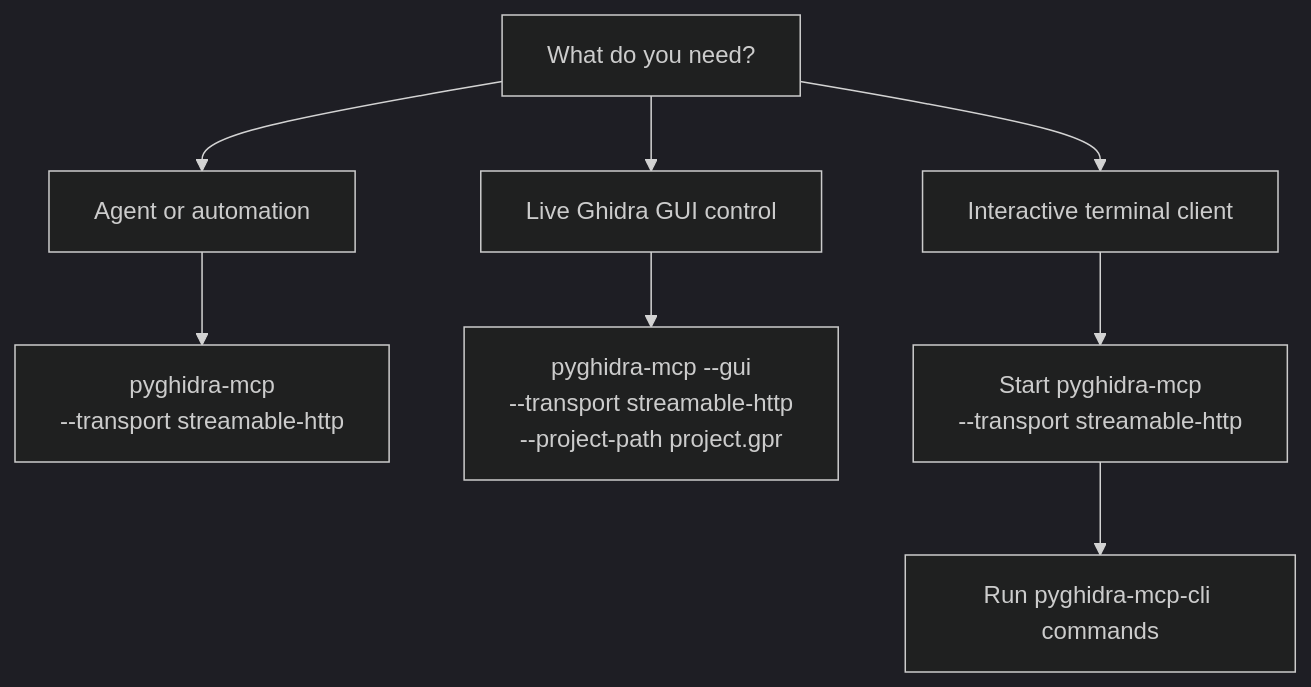
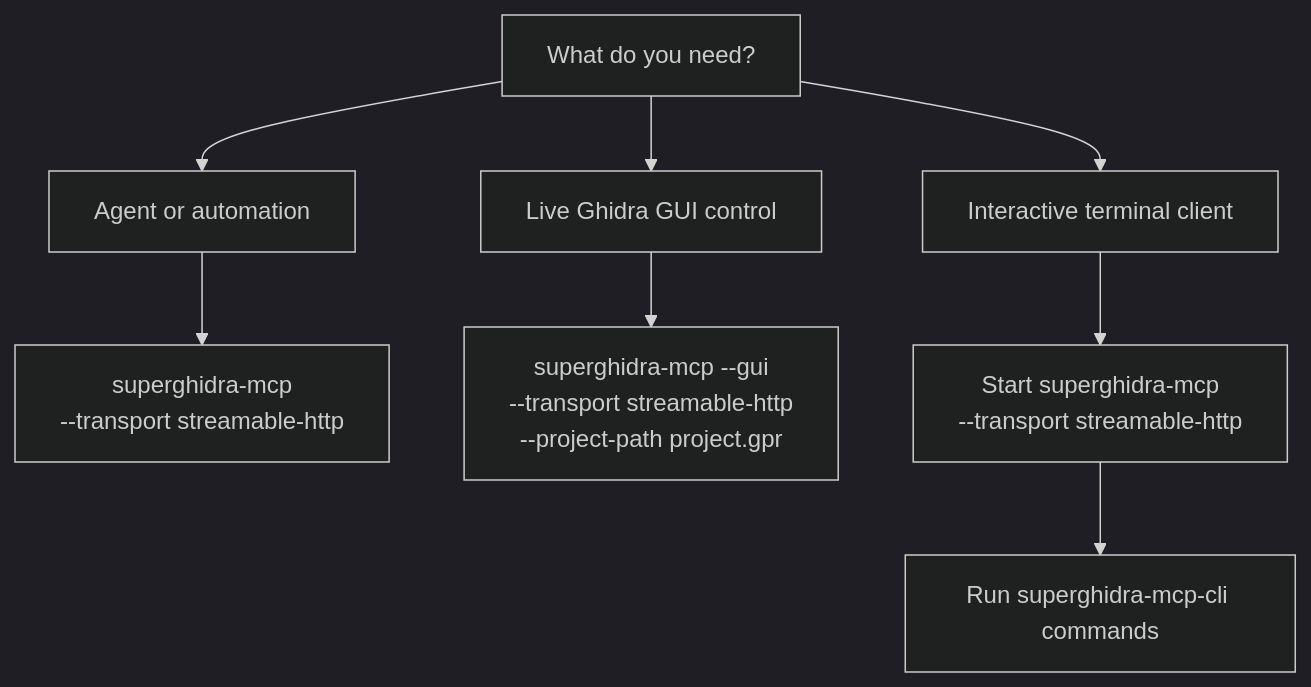
The second of 4 diagrams in README.md (yuatemycat/SuperghidraMCP), drawn with Mermaid (dark theme) before and after one commit. The commit also changed other lines of this file and 4 other files, not shown here.

````diff
--- a/README.md
+++ b/README.md
@@ -90,12 +89,12 @@
 ```mermaid
 flowchart TD
     Start["What do you need?"]
     Start --> Headless["Agent or automation"]
     Start --> GuiNeed["Live Ghidra GUI control"]
     Start --> Terminal["Interactive terminal client"]
 
-    Headless --> Http["pyghidra-mcp<br/>--transport streamable-http"]
-    GuiNeed --> GuiMode["pyghidra-mcp --gui<br/>--transport streamable-http<br/>--project-path project.gpr"]
-    Terminal --> HttpServer["Start pyghidra-mcp<br/>--transport streamable-http"]
-    HttpServer --> CliMode["Run pyghidra-mcp-cli commands"]
+    Headless --> Http["superghidra-mcp<br/>--transport streamable-http"]
+    GuiNeed --> GuiMode["superghidra-mcp --gui<br/>--transport streamable-http<br/>--project-path project.gpr"]
+    Terminal --> HttpServer["Start superghidra-mcp<br/>--transport streamable-http"]
+    HttpServer --> CliMode["Run superghidra-mcp-cli commands"]
 ```
````
